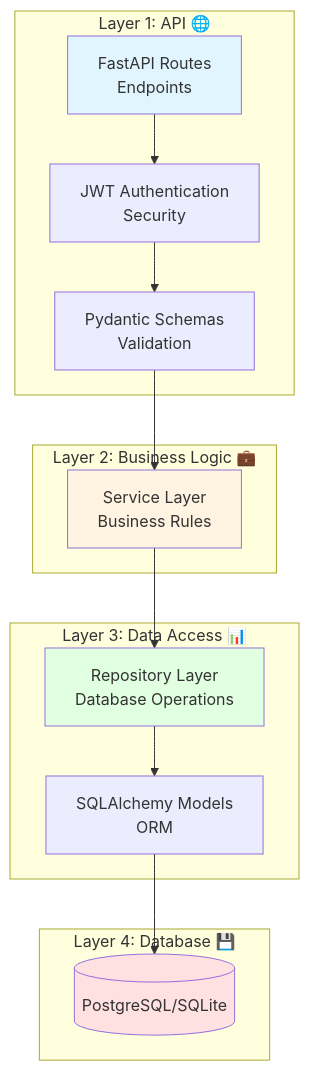
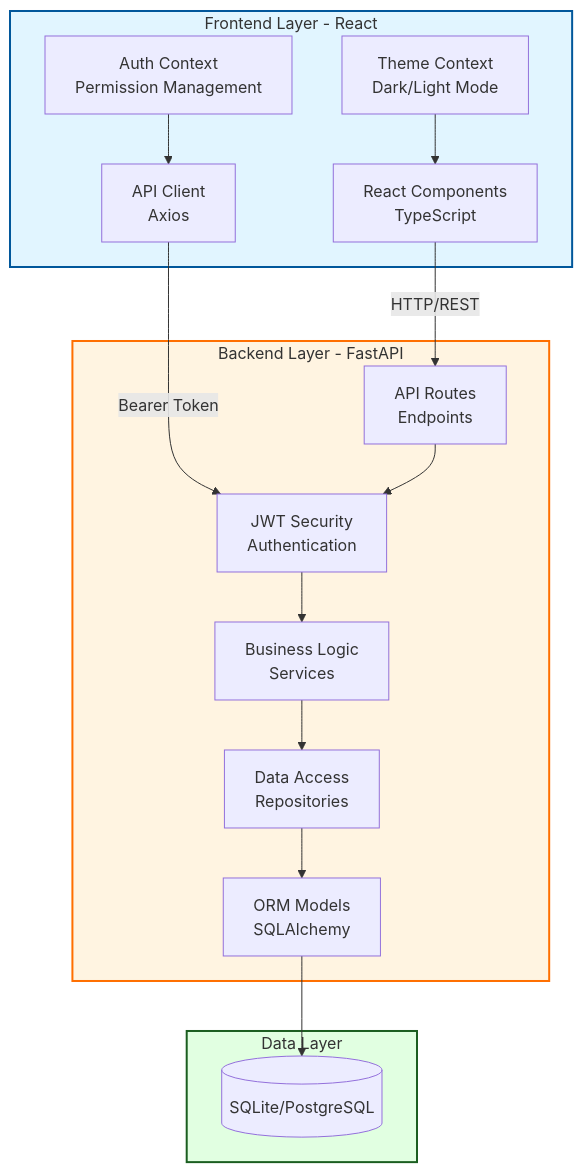
Before and after one commit to saisandeepramavath/PayrollMan: the first of 5 diagrams in README.md, drawn with Mermaid. The commit also changed other lines of this file and 52 other files, not shown here.

Commit message:
docs: consolidate to single README with architecture diagrams

````diff
--- a/README.md
+++ b/README.md
@@ -30,33 +33,35 @@
 ```mermaid
 graph TB
-    subgraph "Layer 1: API 🌐"
-        Routes[FastAPI Routes<br/>Endpoints]
-        Auth[JWT Authentication<br/>Security]
-        Schemas[Pydantic Schemas<br/>Validation]
+    subgraph Frontend["Frontend Layer - React"]
+        UI["React Components<br/>TypeScript"]
+        Theme["Theme Context<br/>Dark/Light Mode"]
+        Auth["Auth Context<br/>Permission Management"]
+        API_Client["API Client<br/>Axios"]
     end
     
-    subgraph "Layer 2: Business Logic 💼"
-        Services[Service Layer<br/>Business Rules]
+    subgraph Backend["Backend Layer - FastAPI"]
+        Routes["API Routes<br/>Endpoints"]
+        Security["JWT Security<br/>Authentication"]
+        Services["Business Logic<br/>Services"]
+        Repos["Data Access<br/>Repositories"]
+        Models["ORM Models<br/>SQLAlchemy"]
     end
     
-    subgraph "Layer 3: Data Access 📊"
-        Repos[Repository Layer<br/>Database Operations]
-        Models[SQLAlchemy Models<br/>ORM]
+    subgraph Database["Data Layer"]
+        DB[(SQLite/PostgreSQL)]
     end
     
-    subgraph "Layer 4: Database 💾"
-        DB[(PostgreSQL/SQLite)]
-    end
-    
-    Routes --> Auth
-    Auth --> Schemas
-    Schemas --> Services
+    UI -->|HTTP/REST| Routes
+    Auth --> API_Client
+    Theme --> UI
+    API_Client -->|Bearer Token| Security
+    Routes --> Security
+    Security --> Services
     Services --> Repos
     Repos --> Models
     Models --> DB
     
-    style Routes fill:#e1f5ff
-    style Services fill:#fff4e1
-    style Repos fill:#e1ffe1
-    style DB fill:#ffe1e1
+    style Frontend fill:#e1f5ff,stroke:#01579b,stroke-width:2px
+    style Backend fill:#fff4e1,stroke:#ff6f00,stroke-width:2px
+    style Database fill:#e1ffe1,stroke:#1b5e20,stroke-width:2px
 ```
````
